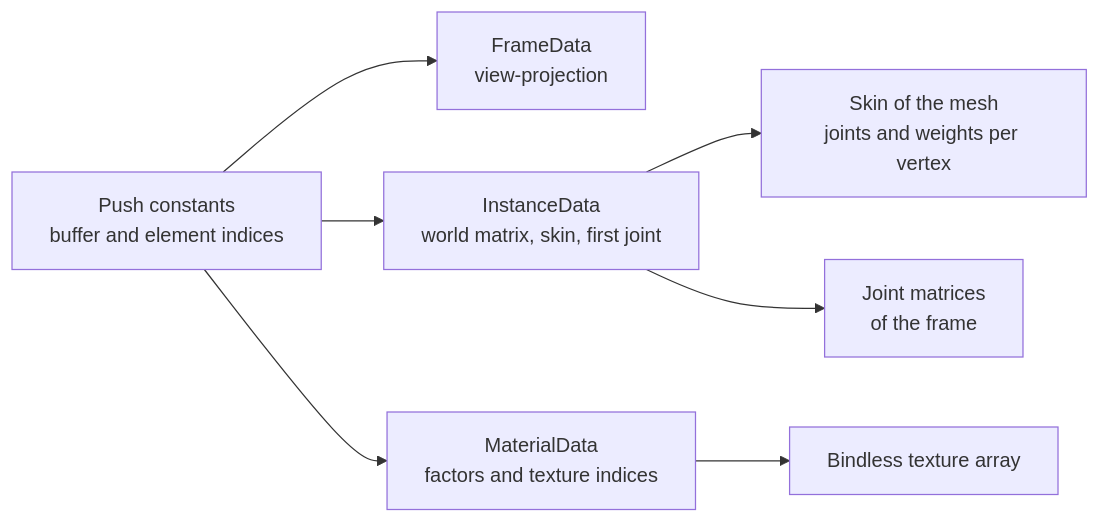
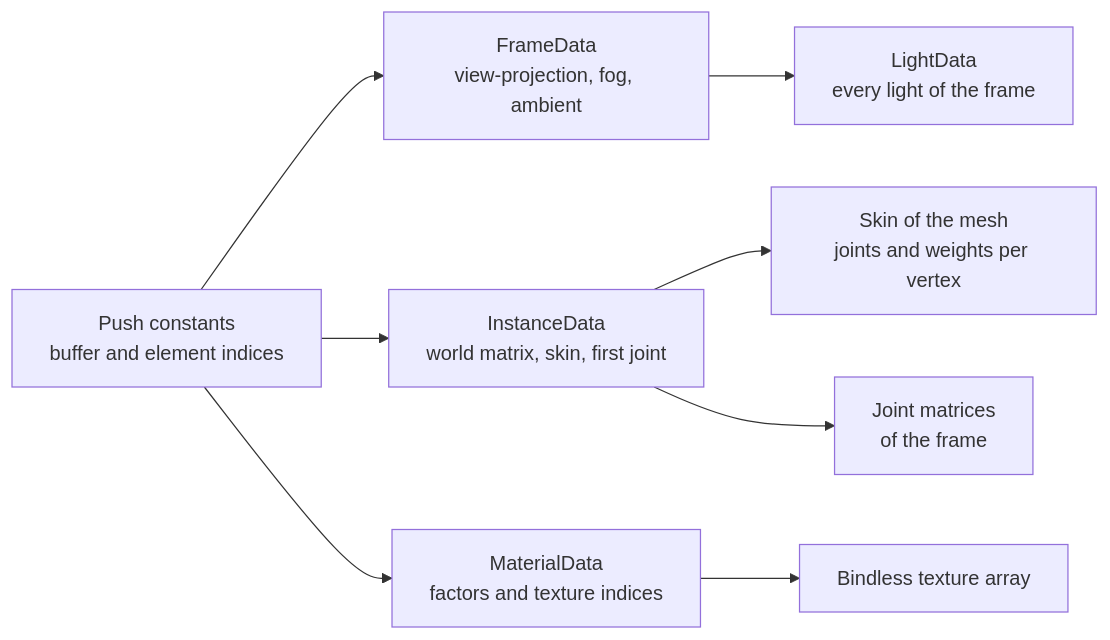
One commit to SBXdev3D/daidalos-engine-next changed the seventh of 8 diagrams in docs/ARCHITECTURE.md. Above: the diagram before and after it, drawn with Mermaid. The commit also changed other lines of this file and 5 other files, not shown here.

````diff
--- a/docs/ARCHITECTURE.md
+++ b/docs/ARCHITECTURE.md
@@ -151,9 +152,10 @@
 ```mermaid
 flowchart LR
-    P["Push constants<br/>buffer and element indices"] --> FB["FrameData<br/>view-projection"]
+    P["Push constants<br/>buffer and element indices"] --> FB["FrameData<br/>view-projection, fog, ambient"]
+    FB --> LB["LightData<br/>every light of the frame"]
     P --> IB["InstanceData<br/>world matrix, skin, first joint"]
     IB --> SB["Skin of the mesh<br/>joints and weights per vertex"]
     IB --> JB["Joint matrices<br/>of the frame"]
     P --> MB["MaterialData<br/>factors and texture indices"]
     MB --> T["Bindless texture array"]
 ```
````
